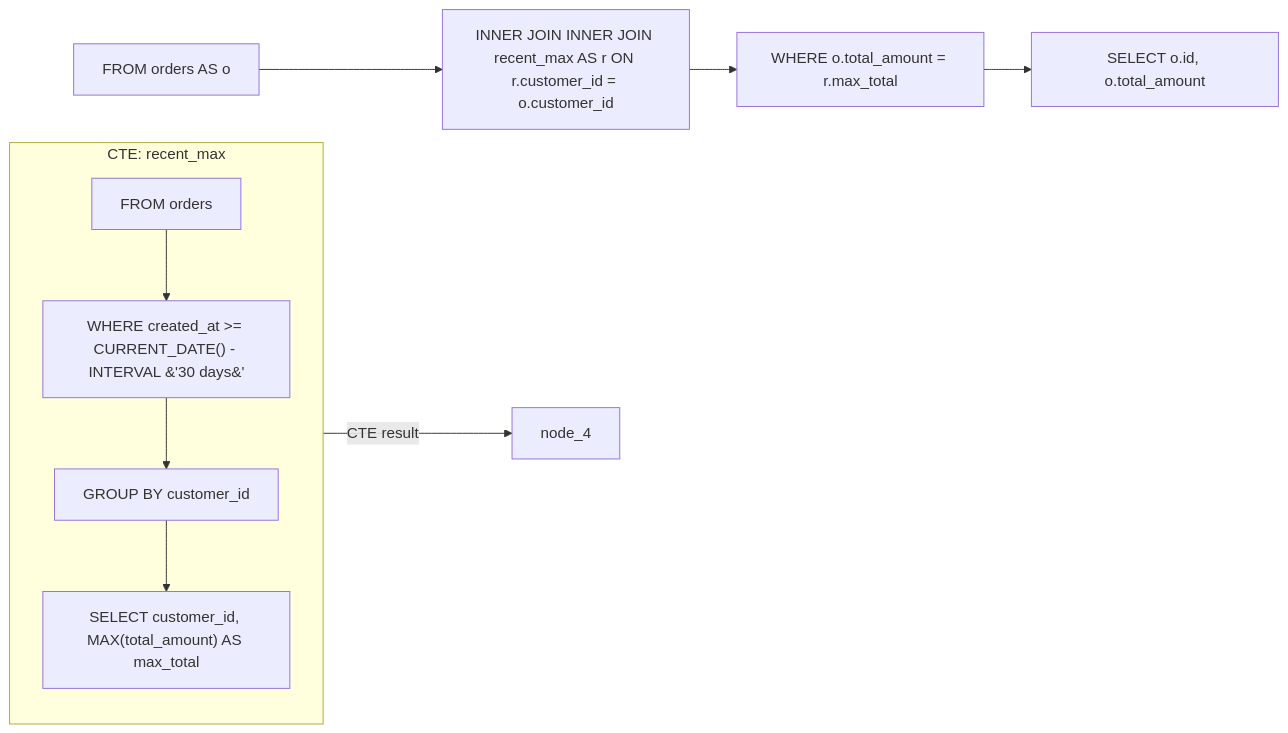
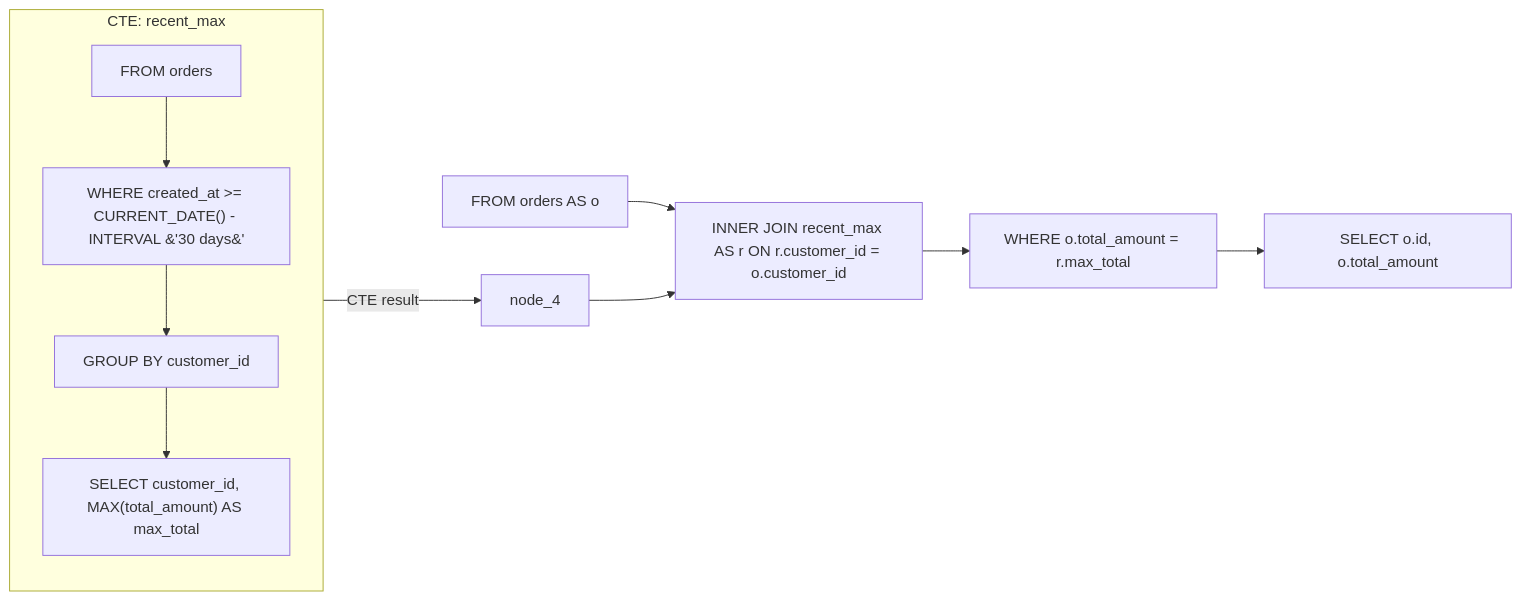
The diagram in examples/cte_with_join.mmd (rot1024/sqloflow), drawn with Mermaid before and after one commit. The commit also changed 51 other files, not shown here.

Commit message:
feat: impl schema view renderer

```diff
--- a/examples/cte_with_join.mmd
+++ b/examples/cte_with_join.mmd
@@ -1,20 +1,21 @@
 flowchart LR
     subgraph cte_recent_max [CTE: recent_max]
         direction TB
         node_3["SELECT customer_id, MAX(total_amount) AS max_total"]
         node_2["GROUP BY customer_id"]
         node_1["WHERE created_at &gt;= CURRENT_DATE() - INTERVAL &#39;30 days&#39;"]
         node_0[FROM orders]
         node_0 --> node_1
         node_1 --> node_2
         node_2 --> node_3
     end
 
     node_5[FROM orders AS o]
-    node_6["INNER JOIN INNER JOIN recent_max AS r ON r.customer_id = o.customer_id"]
+    node_6["INNER JOIN recent_max AS r ON r.customer_id = o.customer_id"]
     node_7["WHERE o.total_amount = r.max_total"]
     node_8["SELECT o.id, o.total_amount"]
     node_3 -->|CTE result| node_4
     node_5 --> node_6
+    node_4 --> node_6
     node_6 --> node_7
     node_7 --> node_8
```
